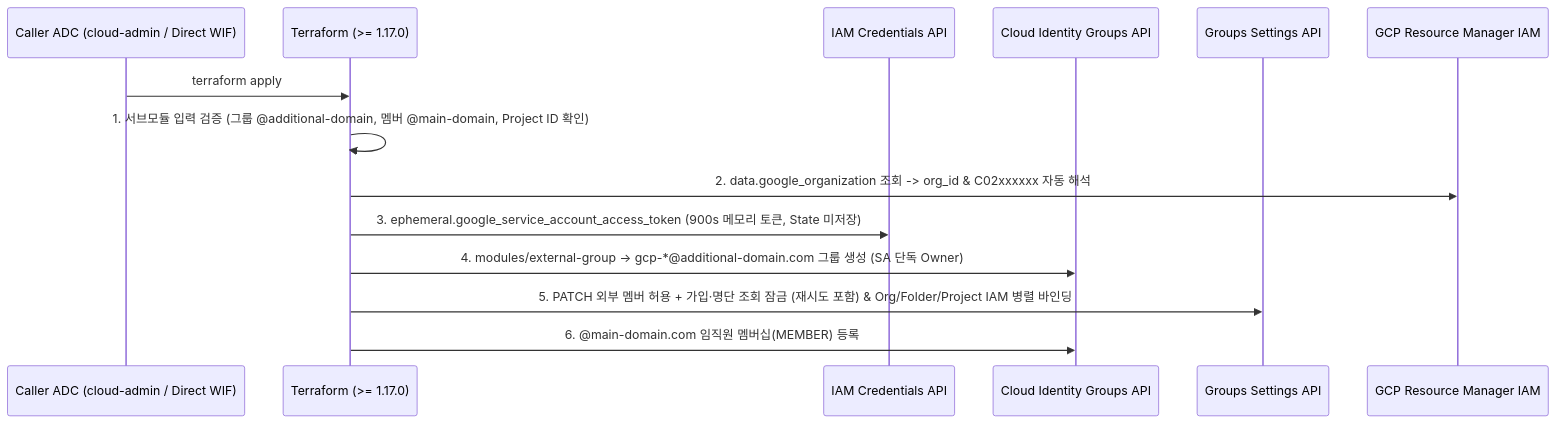
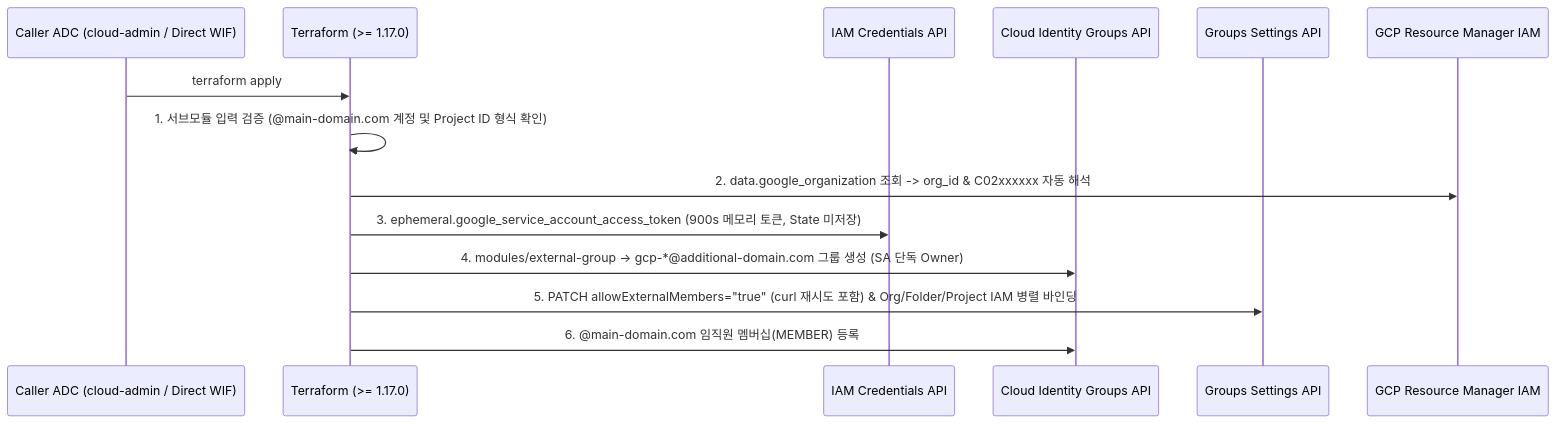
Before and after one commit to rom2019/gcp-sandbox: the second of 2 diagrams in iam/multi-org-group-iam/README.md, drawn with Mermaid. The commit also changed other lines of this file and 5 other files, not shown here.

Commit message:
refactor(iam/multi-org-group-iam): simplify demo roles and streamline README

````diff
--- a/iam/multi-org-group-iam/README.md
+++ b/iam/multi-org-group-iam/README.md
@@ -215,17 +215,17 @@
 ```mermaid
 sequenceDiagram
     participant Admin as Caller ADC (cloud-admin / Direct WIF)
     participant TF as Terraform (>= 1.17.0)
     participant IAMC as IAM Credentials API
     participant CI as Cloud Identity Groups API
     participant GS as Groups Settings API
     participant RM as GCP Resource Manager IAM
 
     Admin->>TF: terraform apply
-    TF->>TF: 1. 서브모듈 입력 검증 (그룹 @additional-domain, 멤버 @main-domain, Project ID 확인)
+    TF->>TF: 1. 서브모듈 입력 검증 (@main-domain.com 계정 및 Project ID 형식 확인)
     TF->>RM: 2. data.google_organization 조회 -> org_id & C02xxxxxx 자동 해석
     TF->>IAMC: 3. ephemeral.google_service_account_access_token (900s 메모리 토큰, State 미저장)
     TF->>CI: 4. modules/external-group -> gcp-*@additional-domain.com 그룹 생성 (SA 단독 Owner)
-    TF->>GS: 5. PATCH 외부 멤버 허용 + 가입·명단 조회 잠금 (재시도 포함) & Org/Folder/Project IAM 병렬 바인딩
+    TF->>GS: 5. PATCH allowExternalMembers="true" (curl 재시도 포함) & Org/Folder/Project IAM 병렬 바인딩
     TF->>CI: 6. @main-domain.com 임직원 멤버십(MEMBER) 등록
 ```
````
